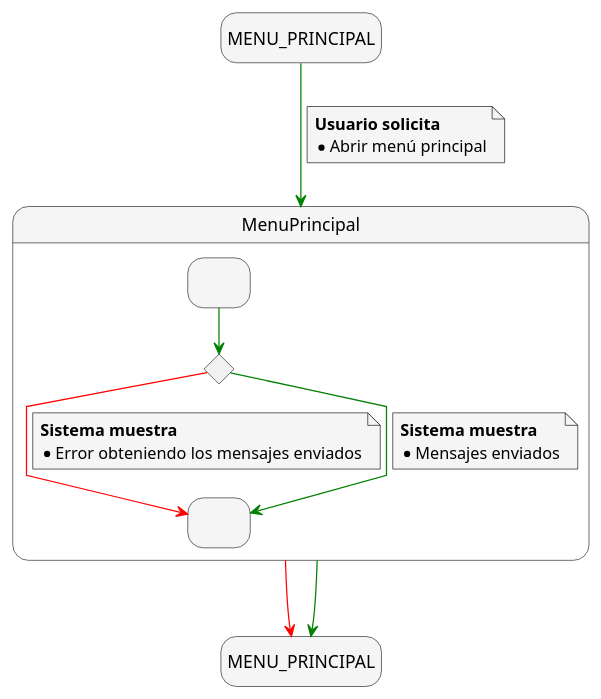
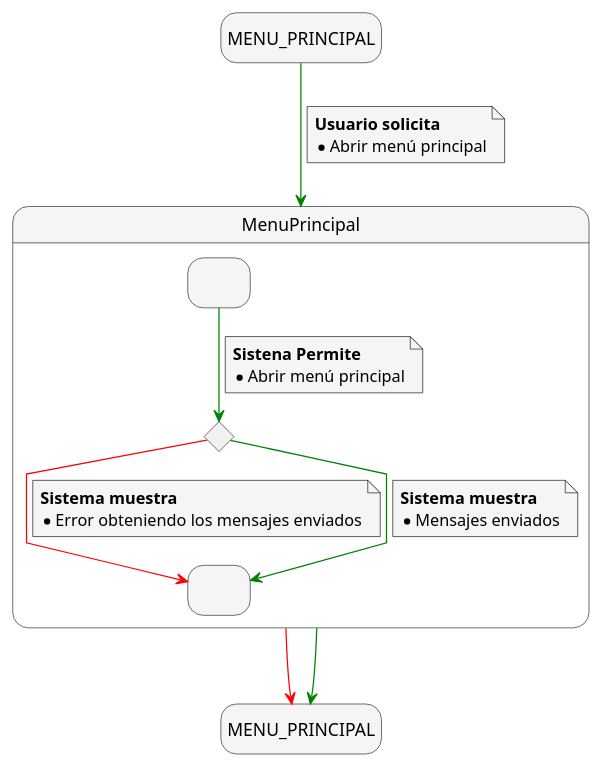
The diagram in docs/casosDeUso/detalladoCasosDeUso/detalladoAbrirMenuPrincipal/detalladoAbrirMenuPrincipal.puml (mmasias/24-25-IdSw1-SDR), drawn with PlantUML before and after one commit.

Commit message:
Fix abrir menu principal

```diff
--- a/docs/casosDeUso/detalladoCasosDeUso/detalladoAbrirMenuPrincipal/detalladoAbrirMenuPrincipal.puml
+++ b/docs/casosDeUso/detalladoCasosDeUso/detalladoAbrirMenuPrincipal/detalladoAbrirMenuPrincipal.puml
@@ -1,49 +1,52 @@
 @startuml detalladoAbrirMenuPrincipal
 skinparam {
     NoteBackgroundColor #whiteSmoke
     ArrowColor #green
     NoteBorderColor #black
     linetype polyline
 }
 
 skinparam state {
     BackgroundColor #whiteSmoke
 }
 
 hide empty description
 
 state startState as "MENU_PRINCIPAL"
 state endState as "MENU_PRINCIPAL"
 
 
 startState --> MenuPrincipal
 note on link
         <b>Usuario solicita</b>
         * Abrir menú principal
     end note
 
 state MenuPrincipal {
     state SolicitudAbrirMenu as " "
     state BuscarMensajesEnviados <<choice>>
     state MostrarMensajesEnviados as " "
 
     SolicitudAbrirMenu --> BuscarMensajesEnviados
-    
+    note on link
+        <b>Sistena Permite</b>
+        * Abrir menú principal
+    end note
 
     BuscarMensajesEnviados -[#red]-> MostrarMensajesEnviados
     note on link
         <b>Sistema muestra</b>
         * Error obteniendo los mensajes enviados
     end note
 
     BuscarMensajesEnviados --> MostrarMensajesEnviados
     note on link
         <b>Sistema muestra</b>
         * Mensajes enviados
     end note
 }
 
 MenuPrincipal -[#red]-> endState
 MenuPrincipal --> endState
 
 @enduml
```
